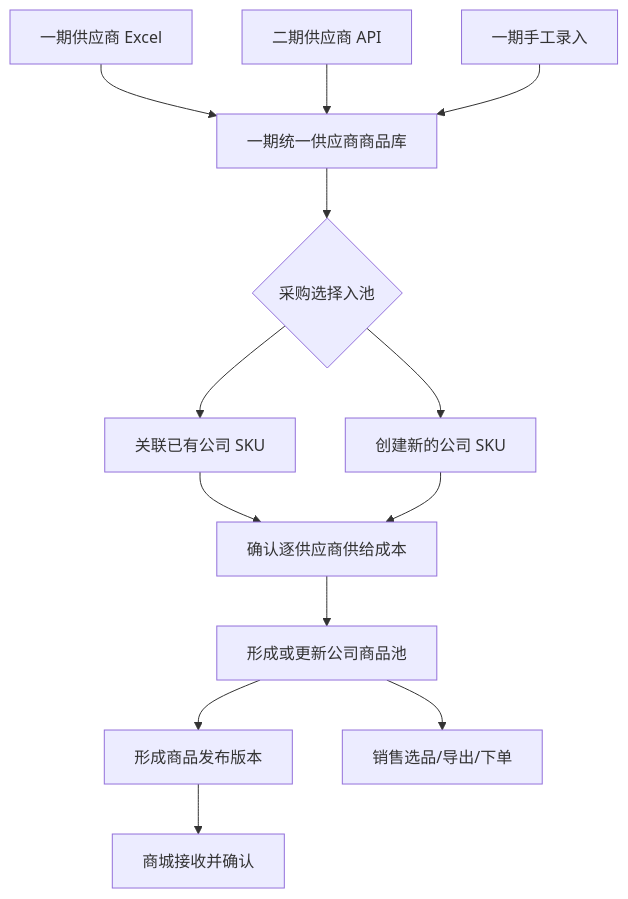
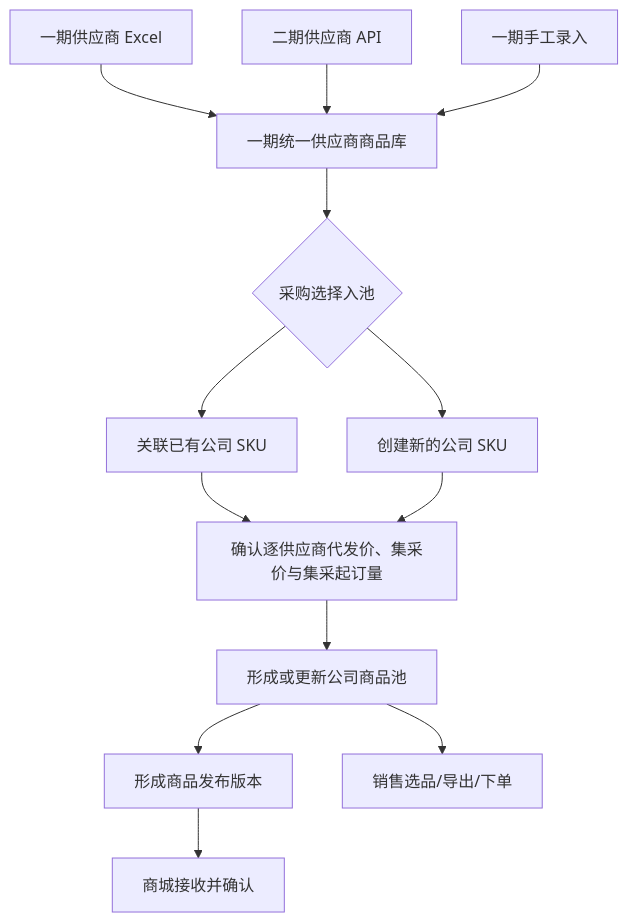
The second of 5 diagrams in docs/erp-phase-2.md (mztlive/erp), drawn with Mermaid before and after one commit. The commit also changed other lines of this file and 7 other files, not shown here.

````diff
--- a/docs/erp-phase-2.md
+++ b/docs/erp-phase-2.md
@@ -312,28 +312,28 @@
 ```mermaid
 flowchart TD
   Excel[一期供应商 Excel]
   Api[二期供应商 API]
   Manual[一期手工录入]
   Catalog[一期统一供应商商品库]
   Review{采购选择入池}
   Existing[关联已有公司 SKU]
   New[创建新的公司 SKU]
-  Supply[确认逐供应商供给成本]
+  Supply[确认逐供应商代发价、集采价与集采起订量]
   Pool[形成或更新公司商品池]
   Publish[形成商品发布版本]
   Sales[销售选品/导出/下单]
   Mall[商城接收并确认]
 
   Excel --> Catalog
   Api --> Catalog
   Manual --> Catalog
   Catalog --> Review
   Review --> Existing
   Review --> New
   Existing --> Supply
   New --> Supply
   Supply --> Pool
   Pool --> Sales
   Pool --> Publish
   Publish --> Mall
 ```
````
